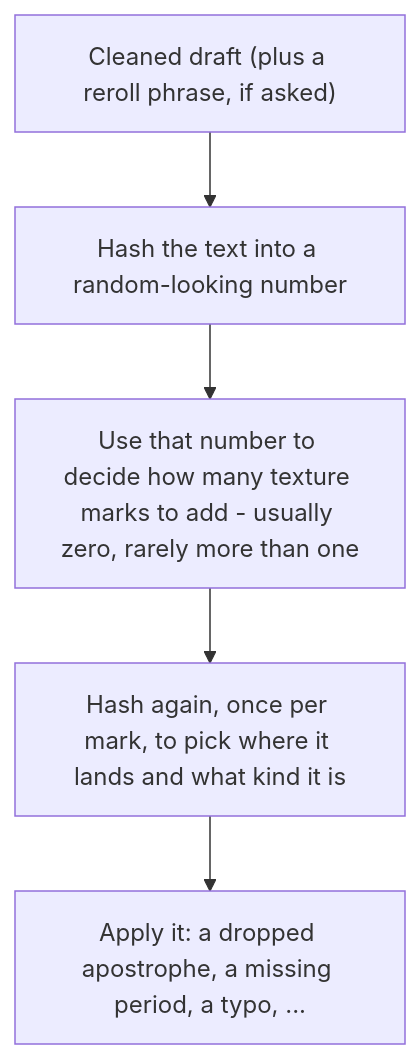
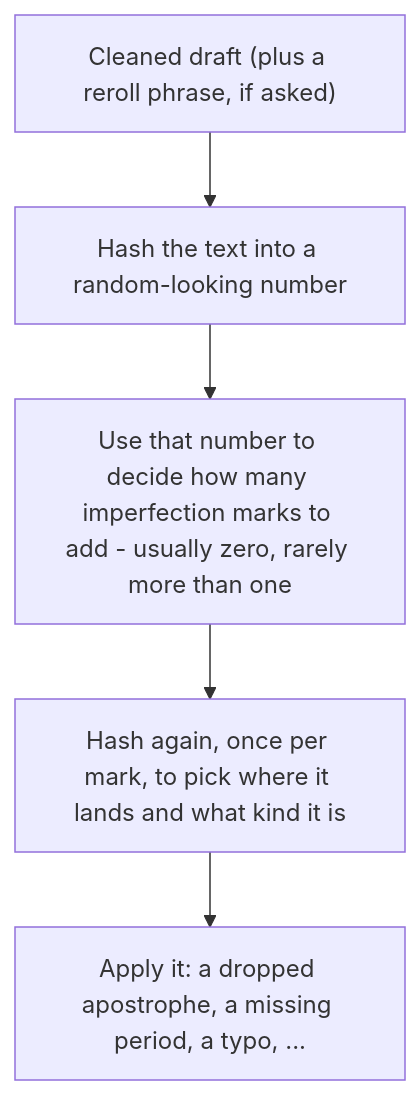
The diagram in README.md (wilu222/unpolish-ai-writing), drawn with Mermaid before and after one commit. The commit also changed other lines of this file and 1 other file, not shown here.

Commit message:
rename texture -> imperfections

````diff
--- a/README.md
+++ b/README.md
@@ -55,7 +55,7 @@
 ```mermaid
 flowchart TD
   draft["Cleaned draft (plus a reroll phrase, if asked)"] --> hash1["Hash the text into a random-looking number"]
-  hash1 --> count["Use that number to decide how many texture marks to add - usually zero, rarely more than one"]
+  hash1 --> count["Use that number to decide how many imperfection marks to add - usually zero, rarely more than one"]
   count --> hash2["Hash again, once per mark, to pick where it lands and what kind it is"]
   hash2 --> apply["Apply it: a dropped apostrophe, a missing period, a typo, ..."]
 ```
````
